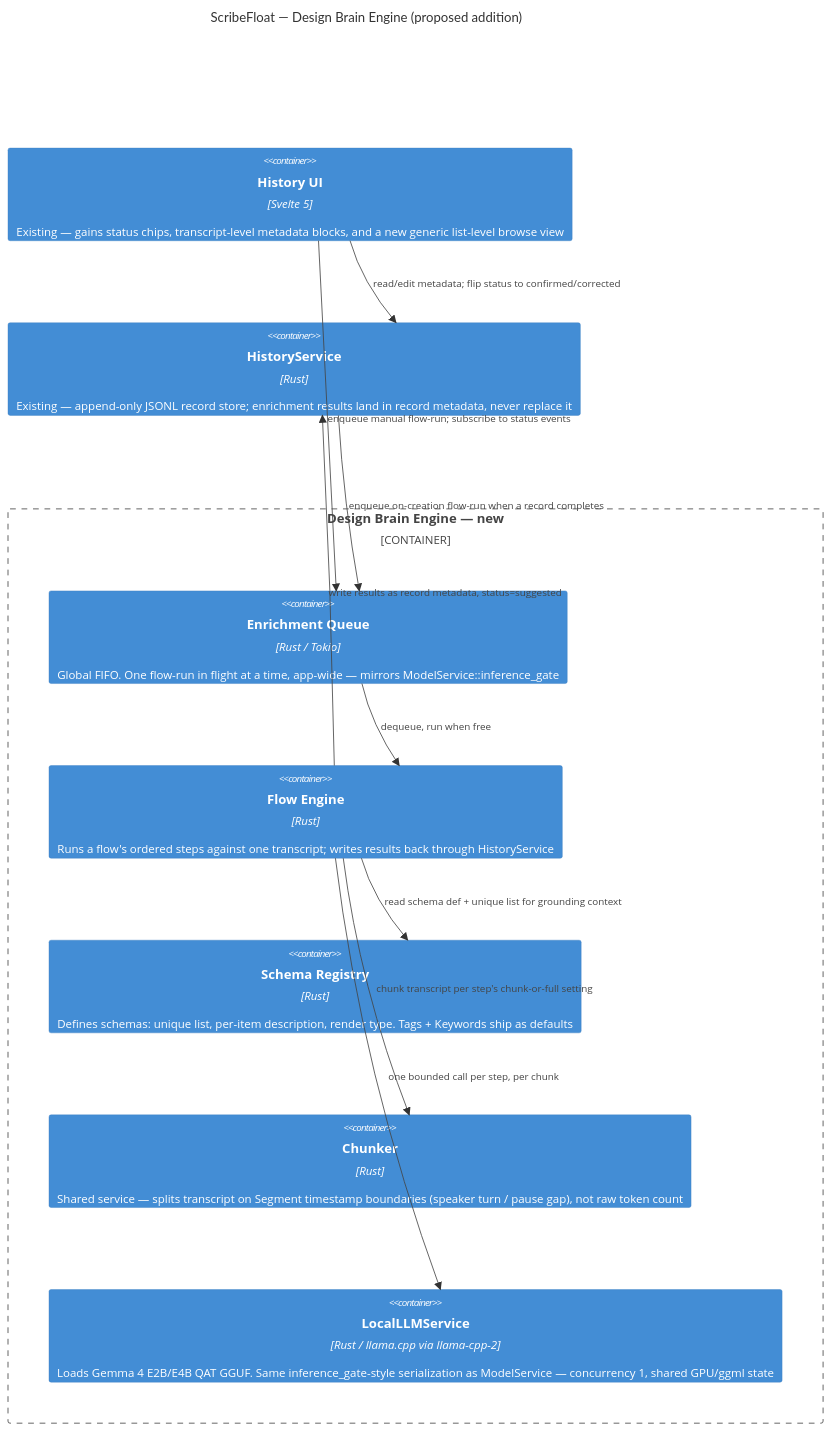
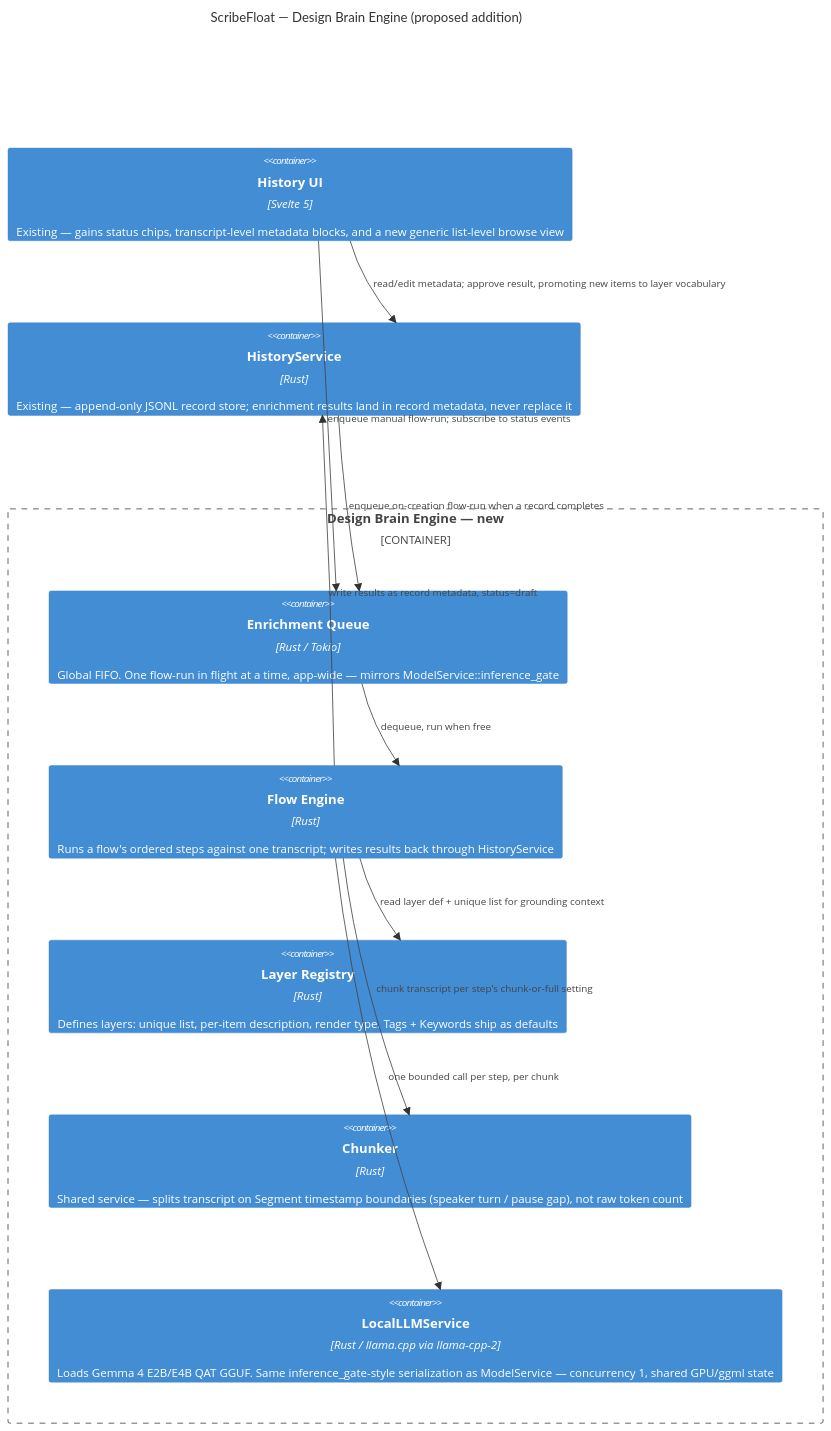
Before and after one commit to Lenniott/scribeFloat: the sixth of 6 diagrams in docs/design-brain-prd.md, drawn with Mermaid. The commit also changed other lines of this file, not shown here.

````diff
--- a/docs/design-brain-prd.md
+++ b/docs/design-brain-prd.md
@@ -175,24 +215,24 @@
 ```mermaid
 C4Container
     title ScribeFloat — Design Brain Engine (proposed addition)
 
     Container(history_ui, "History UI", "Svelte 5", "Existing — gains status chips, transcript-level metadata blocks, and a new generic list-level browse view")
     Container(svc_history, "HistoryService", "Rust", "Existing — append-only JSONL record store; enrichment results land in record metadata, never replace it")
 
     Container_Boundary(brain, "Design Brain Engine — new") {
         Container(queue, "Enrichment Queue", "Rust / Tokio", "Global FIFO. One flow-run in flight at a time, app-wide — mirrors ModelService::inference_gate")
         Container(flow_engine, "Flow Engine", "Rust", "Runs a flow's ordered steps against one transcript; writes results back through HistoryService")
-        Container(schema_registry, "Schema Registry", "Rust", "Defines schemas: unique list, per-item description, render type. Tags + Keywords ship as defaults")
+        Container(layer_registry, "Layer Registry", "Rust", "Defines layers: unique list, per-item description, render type. Tags + Keywords ship as defaults")
         Container(chunker, "Chunker", "Rust", "Shared service — splits transcript on Segment timestamp boundaries (speaker turn / pause gap), not raw token count")
         Container(llm_svc, "LocalLLMService", "Rust / llama.cpp via llama-cpp-2", "Loads Gemma 4 E2B/E4B QAT GGUF. Same inference_gate-style serialization as ModelService — concurrency 1, shared GPU/ggml state")
     }
 
     Rel(history_ui, queue, "enqueue manual flow-run; subscribe to status events")
     Rel(svc_history, queue, "enqueue on-creation flow-run when a record completes")
     Rel(queue, flow_engine, "dequeue, run when free")
     Rel(flow_engine, chunker, "chunk transcript per step's chunk-or-full setting")
-    Rel(flow_engine, schema_registry, "read schema def + unique list for grounding context")
+    Rel(flow_engine, layer_registry, "read layer def + unique list for grounding context")
     Rel(flow_engine, llm_svc, "one bounded call per step, per chunk")
-    Rel(flow_engine, svc_history, "write results as record metadata, status=suggested")
-    Rel(history_ui, svc_history, "read/edit metadata; flip status to confirmed/corrected")
+    Rel(flow_engine, svc_history, "write results as record metadata, status=draft")
+    Rel(history_ui, svc_history, "read/edit metadata; approve result, promoting new items to layer vocabulary")
 ```
````
